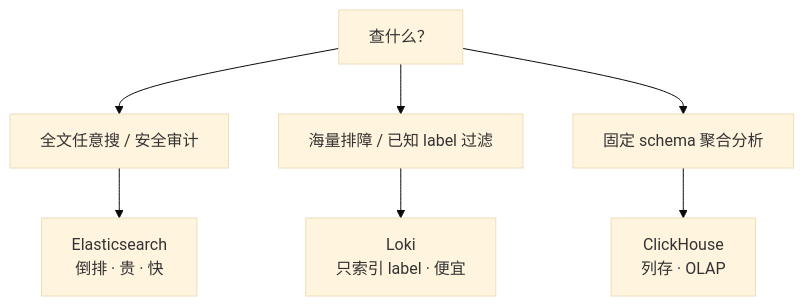
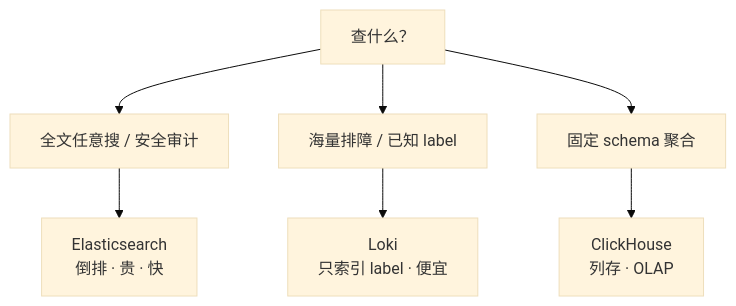
One commit to ml-cuizijun/LearnToLilith changed the second of 3 diagrams in 09-可观测性与SRE方法论/04-日志链路与采集/知识点.md. Above: the diagram before and after it, drawn with Mermaid (base theme). The commit also changed other lines of this file and 178 other files, not shown here.

````diff
--- a/09-可观测性与SRE方法论/04-日志链路与采集/知识点.md
+++ b/09-可观测性与SRE方法论/04-日志链路与采集/知识点.md
@@ -441,6 +338,6 @@
 ```mermaid
 flowchart TB
     Q["查什么？"] --> A1["全文任意搜 / 安全审计"] --> ES["Elasticsearch<br/>倒排 · 贵 · 快"]
-    Q --> A2["海量排障 / 已知 label 过滤"] --> Loki["Loki<br/>只索引 label · 便宜"]
-    Q --> A3["固定 schema 聚合分析"] --> CH["ClickHouse<br/>列存 · OLAP"]
+    Q --> A2["海量排障 / 已知 label"] --> Loki["Loki<br/>只索引 label · 便宜"]
+    Q --> A3["固定 schema 聚合"] --> CH["ClickHouse<br/>列存 · OLAP"]
 ```
````
